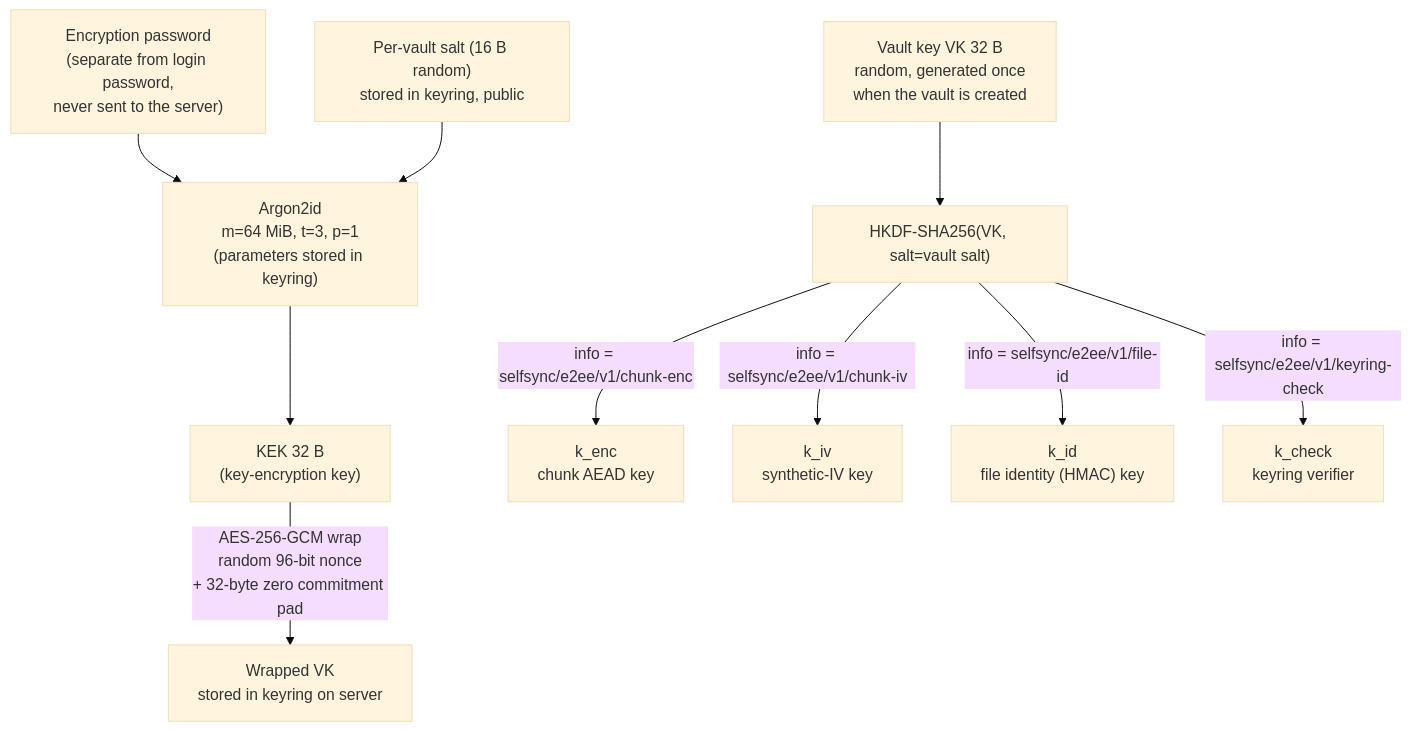
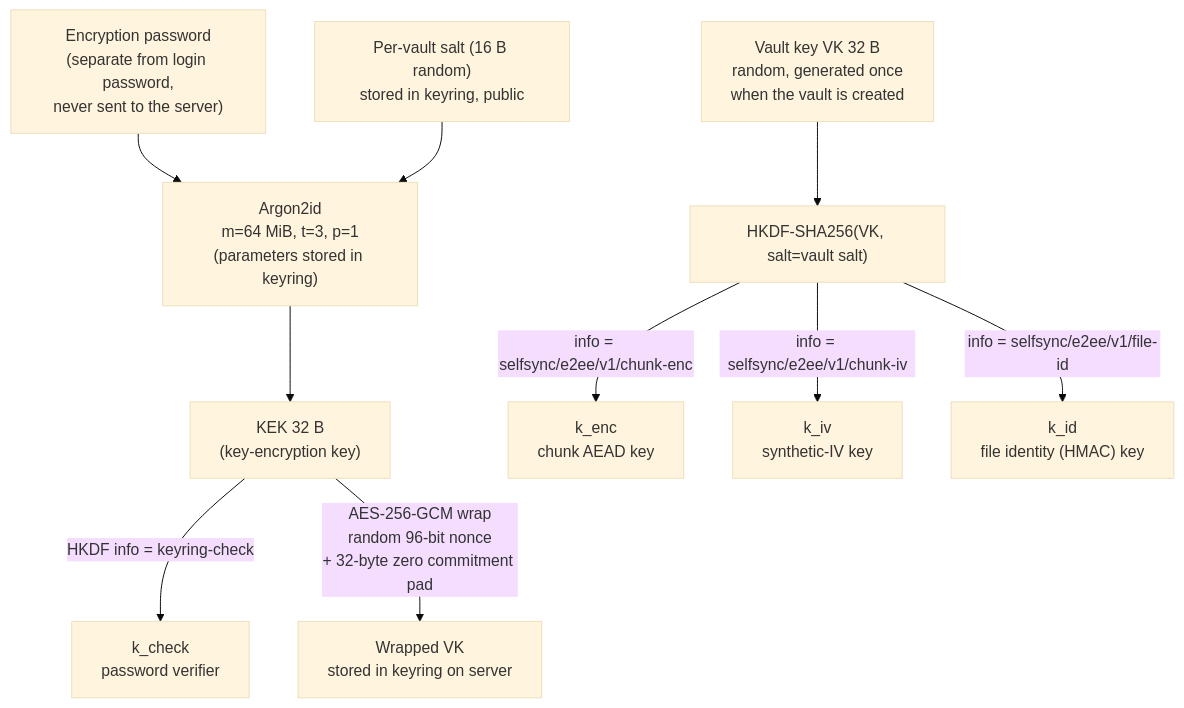
One commit to williamweatherholtz/obsidian-selfsync changed the first of 4 diagrams in docs/design/specs/2026-11-10-e2ee-design.md. Above: the diagram before and after it, drawn with Mermaid (base theme). The commit also changed other lines of this file and 19 other files, not shown here.

````diff
--- a/docs/design/specs/2026-11-10-e2ee-design.md
+++ b/docs/design/specs/2026-11-10-e2ee-design.md
@@ -68,15 +95,15 @@
 ```mermaid
 flowchart TD
     P["Encryption password<br/>(separate from login password,<br/>never sent to the server)"]
     S["Per-vault salt (16 B random)<br/>stored in keyring, public"]
     P --> KDF["Argon2id<br/>m=64 MiB, t=3, p=1<br/>(parameters stored in keyring)"]
     S --> KDF
     KDF --> KEK["KEK 32 B<br/>(key-encryption key)"]
+    KEK -- "HKDF info = keyring-check" --> KC["k_check<br/>password verifier"]
     VK["Vault key VK 32 B<br/>random, generated once<br/>when the vault is created"]
     KEK -- "AES-256-GCM wrap<br/>random 96-bit nonce<br/>+ 32-byte zero commitment pad" --> WVK["Wrapped VK<br/>stored in keyring on server"]
     VK --> HK["HKDF-SHA256(VK, salt=vault salt)"]
     HK -- "info = selfsync/e2ee/v1/chunk-enc" --> KE["k_enc<br/>chunk AEAD key"]
     HK -- "info = selfsync/e2ee/v1/chunk-iv" --> KI["k_iv<br/>synthetic-IV key"]
     HK -- "info = selfsync/e2ee/v1/file-id" --> KF["k_id<br/>file identity (HMAC) key"]
-    HK -- "info = selfsync/e2ee/v1/keyring-check" --> KC["k_check<br/>keyring verifier"]
 ```
````
